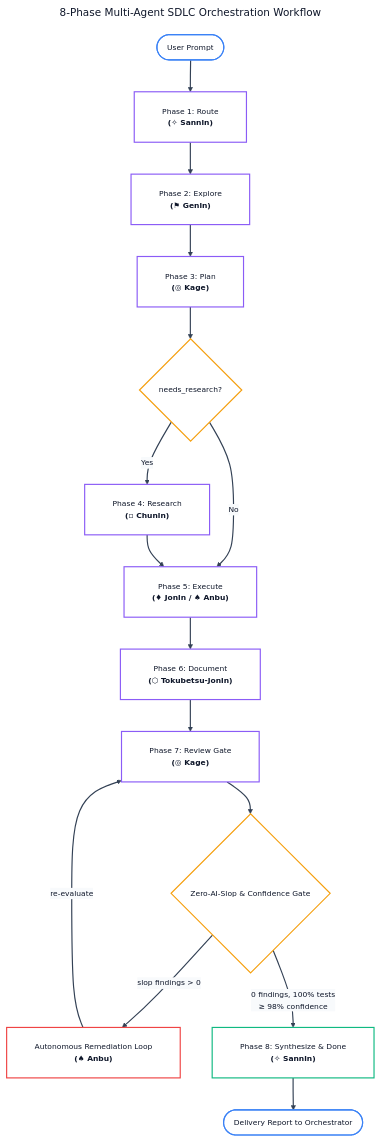
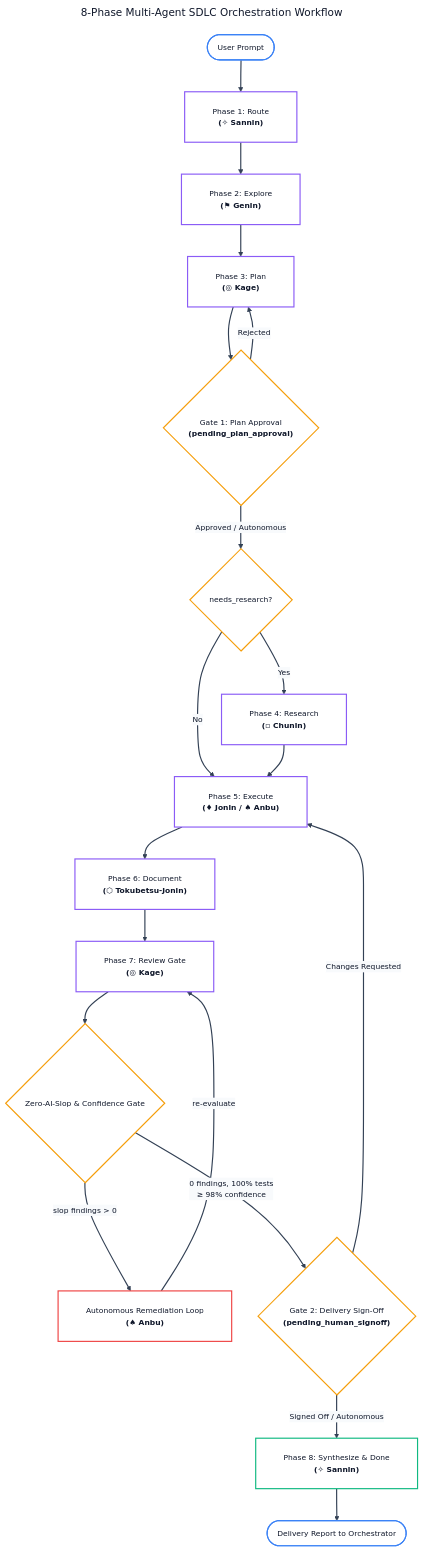
One commit to andycungkrinx91/konoha changed the second of 2 diagrams in docs/ARCHITECTURE.md. Above: the diagram before and after it, drawn with Mermaid. The commit also changed other lines of this file and 84 other files, not shown here.

````diff
--- a/docs/ARCHITECTURE.md
+++ b/docs/ARCHITECTURE.md
@@ -332,64 +332,68 @@
 ```mermaid
 ---
 title: 8-Phase Multi-Agent SDLC Orchestration Workflow
 config:
   theme: base
   themeVariables:
     darkMode: false
     background: '#ffffff'
     mainBkg: '#ffffff'
     primaryColor: '#ffffff'
     primaryTextColor: '#0f172a'
     primaryBorderColor: '#8b5cf6'
     lineColor: '#334155'
     arrowheadColor: '#334155'
     secondaryColor: '#f8fafc'
     tertiaryColor: '#ffffff'
     fontFamily: 'Inter, system-ui, -apple-system, sans-serif'
     fontSize: '13px'
   flowchart:
     nodeSpacing: 45
     rankSpacing: 55
     padding: 24
     wrappingWidth: 380
 ---
 flowchart TD
     %% Entry & Phase 1-3
     UserPrompt(["User Prompt"]) --> P1["Phase 1: Route<br/><b>(✧ Sannin)</b>"]
     P1 --> P2["Phase 2: Explore<br/><b>(⚑ Genin)</b>"]
     P2 --> P3["Phase 3: Plan<br/><b>(◎ Kage)</b>"]
 
-    %% Research Decision Branch
-    P3 --> DecisionResearch{"needs_research?"}
+    %% Gate 1: Human-in-the-Loop Plan Approval
+    P3 --> Gate1{"Gate 1: Plan Approval<br/><b>(pending_plan_approval)</b>"}
+    Gate1 -->|Approved / Autonomous| DecisionResearch{"needs_research?"}
+    Gate1 -->|Rejected| P3
     DecisionResearch -->|Yes| P4["Phase 4: Research<br/><b>(▫ Chunin)</b>"]
     DecisionResearch -->|No| P5["Phase 5: Execute<br/><b>(♦ Jonin / ♠ Anbu)</b>"]
     P4 --> P5
 
     %% Execution & Documentation
     P5 --> P6["Phase 6: Document<br/><b>(⬡ Tokubetsu-Jonin)</b>"]
     P6 --> P7["Phase 7: Review Gate<br/><b>(◎ Kage)</b>"]
 
     %% Review Quality Gate & Autonomous Remediation Loop
     P7 --> DecisionReview{"Zero-AI-Slop & Confidence Gate"}
     DecisionReview -->|slop findings > 0| Remediation["Autonomous Remediation Loop<br/><b>(♠ Anbu)</b>"]
     Remediation -->|re-evaluate| P7
-    DecisionReview -->|"0 findings, 100% tests<br/>≥ 98% confidence"| P8["Phase 8: Synthesize & Done<br/><b>(✧ Sannin)</b>"]
+    DecisionReview -->|"0 findings, 100% tests<br/>≥ 98% confidence"| Gate2{"Gate 2: Delivery Sign-Off<br/><b>(pending_human_signoff)</b>"}
+    Gate2 -->|Signed Off / Autonomous| P8["Phase 8: Synthesize & Done<br/><b>(✧ Sannin)</b>"]
+    Gate2 -->|Changes Requested| P5
 
     %% Final Delivery
     P8 --> DeliveryReport(["Delivery Report to Orchestrator"])
 
     %% Styling Classes
     classDef startEnd fill:#ffffff,stroke:#3b82f6,stroke-width:2px,color:#0f172a;
     classDef phase fill:#ffffff,stroke:#8b5cf6,stroke-width:2px,color:#0f172a;
     classDef decision fill:#ffffff,stroke:#f59e0b,stroke-width:2px,color:#0f172a;
     classDef remediation fill:#ffffff,stroke:#ef4444,stroke-width:2px,color:#0f172a;
     classDef approved fill:#ffffff,stroke:#10b981,stroke-width:2px,color:#0f172a;
 
     class UserPrompt,DeliveryReport startEnd;
     class P1,P2,P3,P4,P5,P6,P7 phase;
-    class DecisionResearch,DecisionReview decision;
+    class Gate1,DecisionResearch,DecisionReview,Gate2 decision;
     class Remediation remediation;
     class P8 approved;
 
     linkStyle default stroke:#334155,stroke-width:2px;
 ```
````
